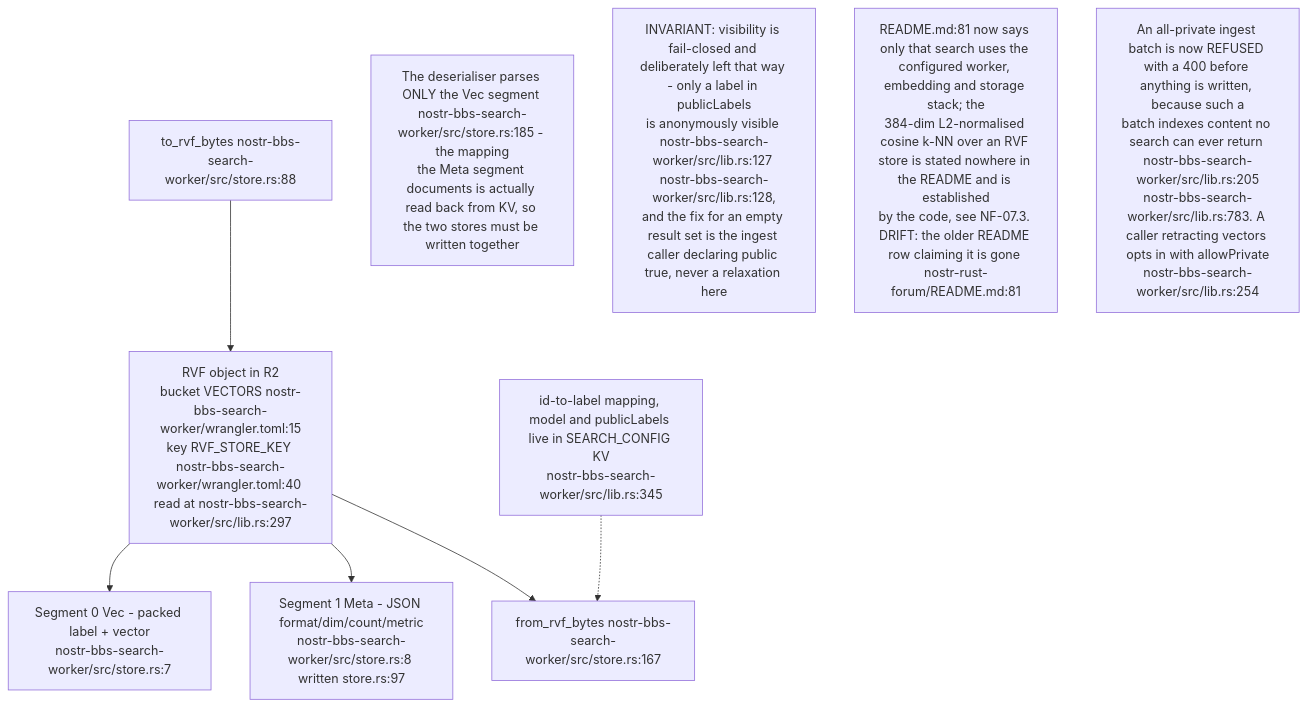
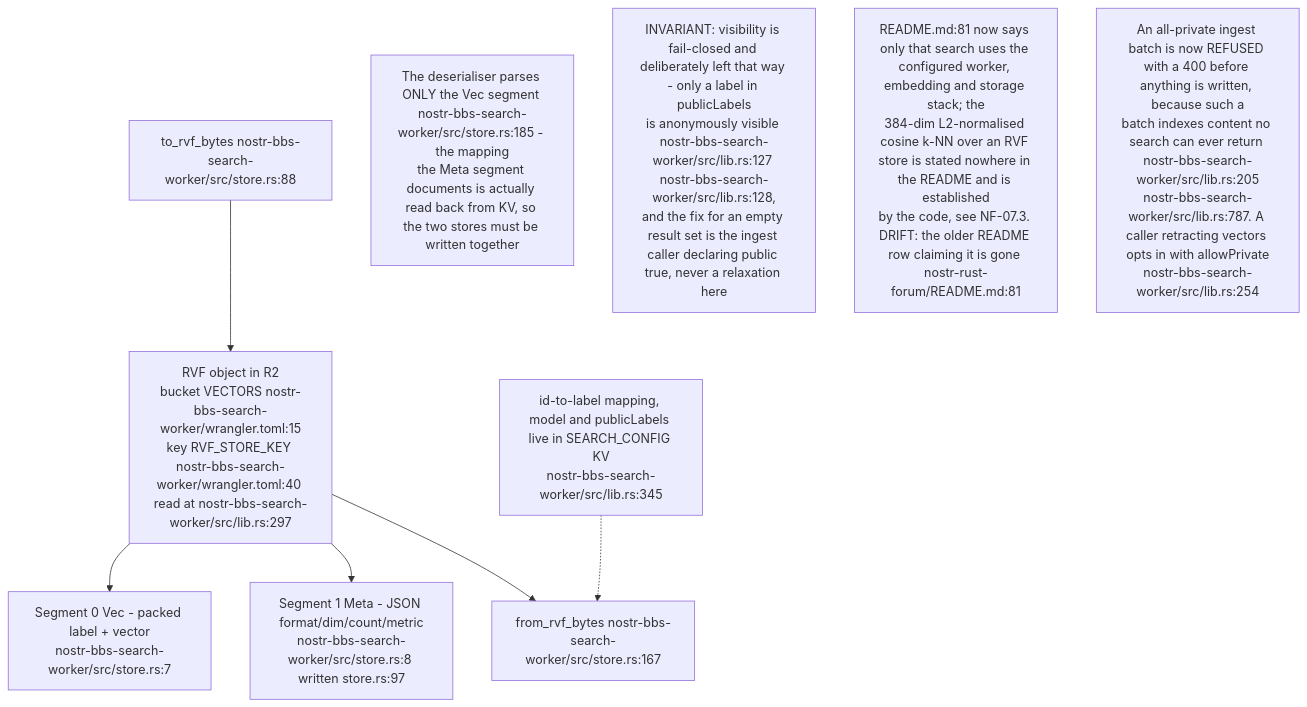
One commit to DreamLab-AI/VisionFlow changed the fourth of 9 diagrams in docs/diagrams/nostr-rust-forum/07-search-preview-and-shared-worker-utilities.md. Above: the diagram before and after it, drawn with Mermaid. The commit also changed other lines of this file and 142 other files, not shown here.

First line of the commit message:
docs(diagrams): one System One route; re-verify 140 topics at today's heads

````diff
--- a/docs/diagrams/nostr-rust-forum/07-search-preview-and-shared-worker-utilities.md
+++ b/docs/diagrams/nostr-rust-forum/07-search-preview-and-shared-worker-utilities.md
@@ -112,19 +112,19 @@
 ```mermaid
 flowchart TB
     RVF["RVF object in R2<br/>bucket VECTORS nostr-bbs-search-worker/wrangler.toml:15<br/>key RVF_STORE_KEY nostr-bbs-search-worker/wrangler.toml:40 read at nostr-bbs-search-worker/src/lib.rs:297"]
     SEGV["Segment 0 Vec - packed label + vector<br/>nostr-bbs-search-worker/src/store.rs:7"]
     SEGM["Segment 1 Meta - JSON format/dim/count/metric<br/>nostr-bbs-search-worker/src/store.rs:8 written store.rs:97"]
     SER["to_rvf_bytes nostr-bbs-search-worker/src/store.rs:88"]
     DES["from_rvf_bytes nostr-bbs-search-worker/src/store.rs:167"]
     KV["id-to-label mapping, model and publicLabels live in SEARCH_CONFIG KV<br/>nostr-bbs-search-worker/src/lib.rs:345"]
 
     RVF --> SEGV & SEGM
     SER --> RVF
     RVF --> DES
     KV -.-> DES
 
     N1["The deserialiser parses ONLY the Vec segment nostr-bbs-search-worker/src/store.rs:185 - the mapping<br/>the Meta segment documents is actually read back from KV, so the two stores must be written together"]
     N2["INVARIANT: visibility is fail-closed and deliberately left that way - only a label in publicLabels<br/>is anonymously visible nostr-bbs-search-worker/src/lib.rs:127 nostr-bbs-search-worker/src/lib.rs:128,<br/>and the fix for an empty result set is the ingest caller declaring public true, never a relaxation here"]
     N3["README.md:81 now says only that search uses the configured worker, embedding and storage stack; the<br/>384-dim L2-normalised cosine k-NN over an RVF store is stated nowhere in the README and is established<br/>by the code, see NF-07.3. DRIFT: the older README row claiming it is gone nostr-rust-forum/README.md:81"]
-    N4["An all-private ingest batch is now REFUSED with a 400 before anything is written, because such a<br/>batch indexes content no search can ever return nostr-bbs-search-worker/src/lib.rs:205<br/>nostr-bbs-search-worker/src/lib.rs:783. A caller retracting vectors opts in with allowPrivate<br/>nostr-bbs-search-worker/src/lib.rs:254"]
+    N4["An all-private ingest batch is now REFUSED with a 400 before anything is written, because such a<br/>batch indexes content no search can ever return nostr-bbs-search-worker/src/lib.rs:205<br/>nostr-bbs-search-worker/src/lib.rs:787. A caller retracting vectors opts in with allowPrivate<br/>nostr-bbs-search-worker/src/lib.rs:254"]
 ```
````
